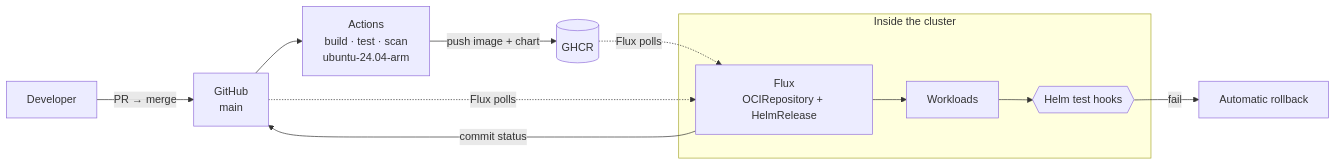
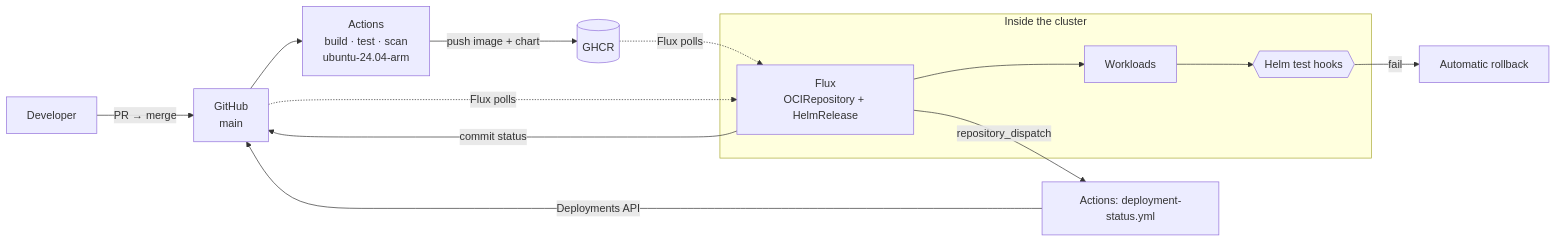
Before and after one commit to enorm-labs/event-junkie: the third of 3 diagrams in docs/ops/PLATFORM_SETUP.md, drawn with Mermaid. The commit also changed other lines of this file and 6 other files, not shown here.

````diff
--- a/docs/ops/PLATFORM_SETUP.md
+++ b/docs/ops/PLATFORM_SETUP.md
@@ -308,19 +308,21 @@
 ```mermaid
 flowchart LR
     dev["Developer"] -->|"PR → merge"| gh["GitHub<br/>main"]
     gh --> ci["Actions<br/>build · test · scan<br/>ubuntu-24.04-arm"]
     ci -->|"push image + chart"| ghcr[("GHCR")]
 
     subgraph cluster["Inside the cluster"]
         flux["Flux<br/>OCIRepository + HelmRelease"]
         rel["Workloads"]
         test{{"Helm test hooks"}}
     end
 
     ghcr -.->|"Flux polls"| flux
     gh -.->|"Flux polls"| flux
     flux --> rel
     rel --> test
     test -->|"fail"| rb["Automatic rollback"]
     flux -->|"commit status"| gh
+    flux -->|"repository_dispatch"| gha["Actions: deployment-status.yml"]
+    gha -->|"Deployments API"| gh
 ```
````
